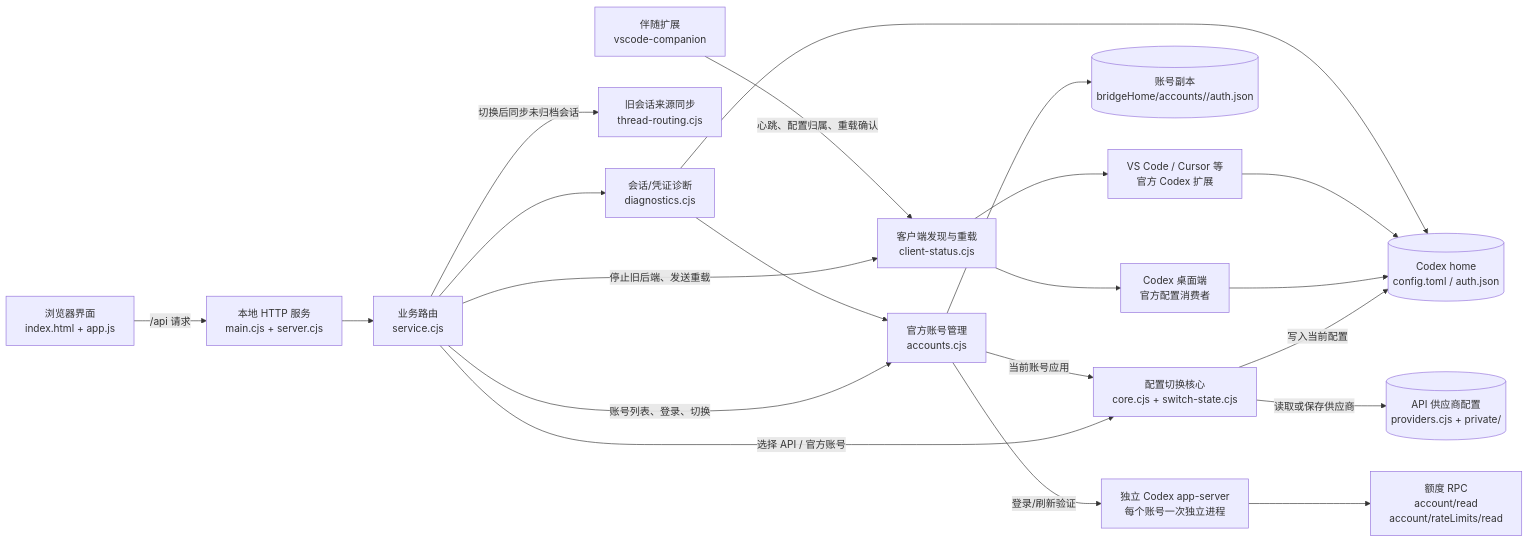
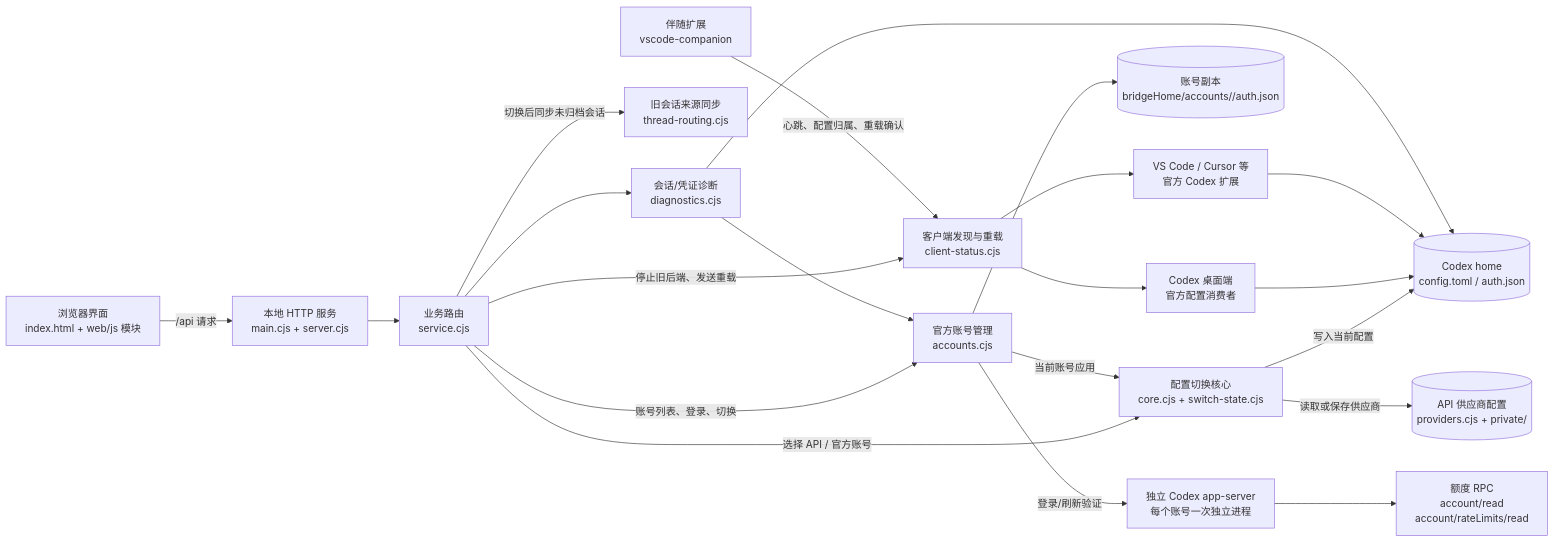
One commit to zengjiahao-1322/codex-switcher-demo changed the diagram in docs/ARCHITECTURE.md. Above: the diagram before and after it, drawn with Mermaid. The commit also changed other lines of this file and 41 other files, not shown here.

````diff
--- a/docs/ARCHITECTURE.md
+++ b/docs/ARCHITECTURE.md
@@ -23,39 +23,39 @@
 ```mermaid
 flowchart LR
-  UI[浏览器界面\nindex.html + app.js]
+  UI[浏览器界面\nindex.html + web/js 模块]
   S[本地 HTTP 服务\nmain.cjs + server.cjs]
   H[业务路由\nservice.cjs]
   CORE[配置切换核心\ncore.cjs + switch-state.cjs]
   STORE[(Codex home\nconfig.toml / auth.json)]
   PROV[(API 供应商配置\nproviders.cjs + private/)]
   ACC[官方账号管理\naccounts.cjs]
   AUTH[(账号副本\nbridgeHome/accounts/<id>/auth.json)]
   RPC[独立 Codex app-server\n每个账号一次独立进程]
   QUOTA[额度 RPC\naccount/read\naccount/rateLimits/read]
   DESK[Codex 桌面端\n官方配置消费者]
   IDE[VS Code / Cursor 等\n官方 Codex 扩展]
   EXT[伴随扩展\nvscode-companion]
   CLIENT[客户端发现与重载\nclient-status.cjs]
   THREAD[旧会话来源同步\nthread-routing.cjs]
   DIAG[会话/凭证诊断\ndiagnostics.cjs]
 
   UI -->|/api 请求| S --> H
   H -->|选择 API / 官方账号| CORE
   CORE -->|写入当前配置| STORE
   CORE -->|读取或保存供应商| PROV
   H -->|账号列表、登录、切换| ACC
   ACC --> AUTH
   ACC -->|登录/刷新验证| RPC
   RPC --> QUOTA
   ACC -->|当前账号应用| CORE
   H -->|切换后同步未归档会话| THREAD
   H -->|停止旧后端、发送重载| CLIENT
   CLIENT --> DESK
   CLIENT --> IDE
   EXT -->|心跳、配置归属、重载确认| CLIENT
   DESK --> STORE
   IDE --> STORE
   H --> DIAG
   DIAG --> STORE
   DIAG --> ACC
 ```
````
